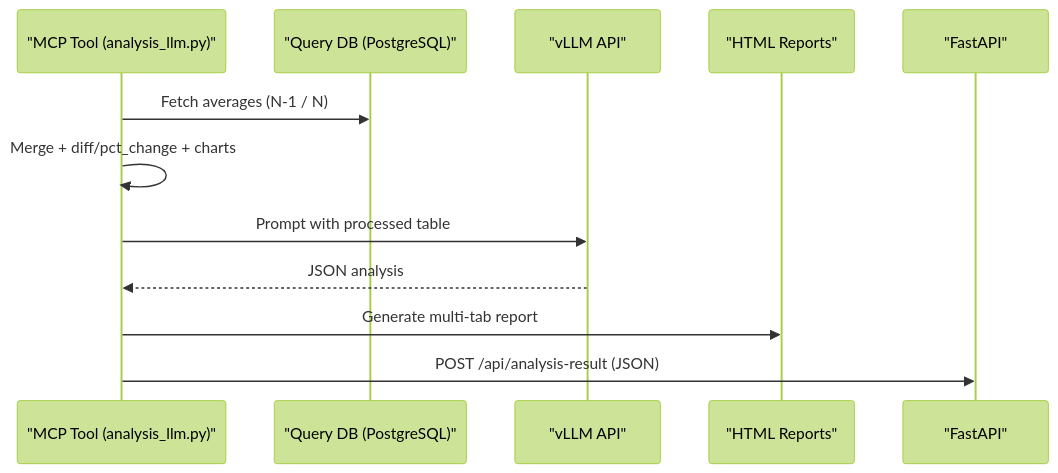
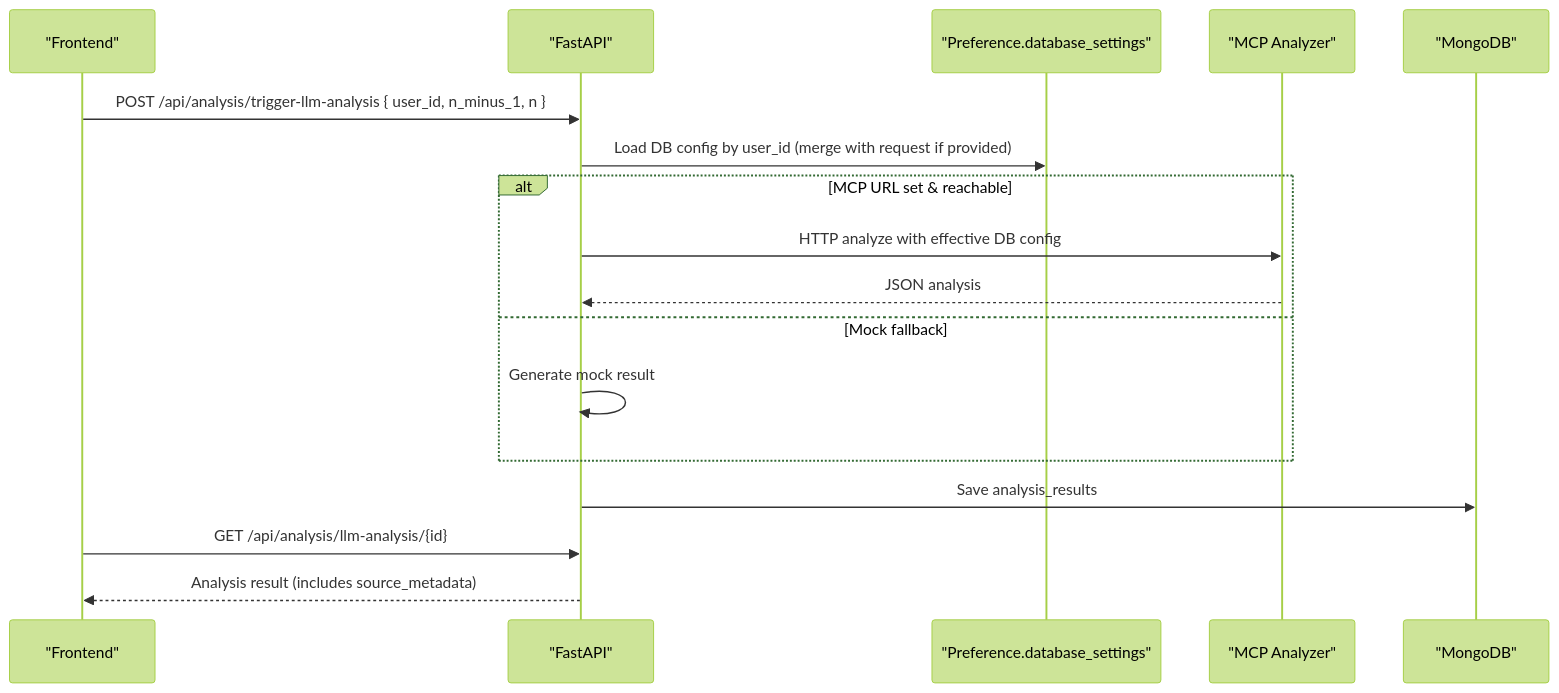
One commit to Ranponim/0809 changed the third of 3 diagrams in kpi_dashboard/docs/architecture.md. Above: the diagram before and after it, drawn with Mermaid (forest theme). The commit also changed other lines of this file and 44 other files, not shown here.

Commit message:
데이터베이스 설정 및 LLM 분석 기능 개선: - PreferenceContext에 데이터베이스 설정 추가 및 관련 UI 컴포넌트 수정. - LLM 분석 요청 시 사용자 ID를 파라미터로 전달하도록 API 수정. - 통계 컴포넌트에서 데이터베이스 설정 UI 제거 및 Preference에서 관리하도록 변경.

````diff
--- a/kpi_dashboard/docs/architecture.md
+++ b/kpi_dashboard/docs/architecture.md
@@ -39,15 +40,20 @@
 ```mermaid
 sequenceDiagram
-  participant Tool as "MCP Tool (analysis_llm.py)"
-  participant DB as "Query DB (PostgreSQL)"
-  participant LLM as "vLLM API"
-  participant HTML as "HTML Reports"
+  participant FE as "Frontend"
   participant BE as "FastAPI"
+  participant Pref as "Preference.database_settings"
+  participant MCP as "MCP Analyzer"
+  participant MDB as "MongoDB"
 
-  Tool->>DB: Fetch averages (N-1 / N)
-  Tool->>Tool: Merge + diff/pct_change + charts
-  Tool->>LLM: Prompt with processed table
-  LLM-->>Tool: JSON analysis
-  Tool->>HTML: Generate multi-tab report
-  Tool->>BE: POST /api/analysis-result (JSON)
+  FE->>BE: POST /api/analysis/trigger-llm-analysis { user_id, n_minus_1, n }
+  BE->>Pref: Load DB config by user_id (merge with request if provided)
+  alt MCP URL set & reachable
+    BE->>MCP: HTTP analyze with effective DB config
+    MCP-->>BE: JSON analysis
+  else Mock fallback
+    BE->>BE: Generate mock result
+  end
+  BE->>MDB: Save analysis_results
+  FE->>BE: GET /api/analysis/llm-analysis/{id}
+  BE-->>FE: Analysis result (includes source_metadata)
 ```
````
